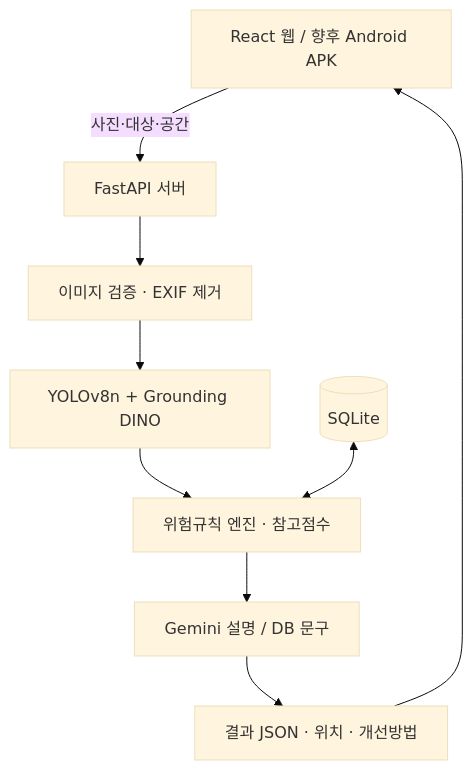
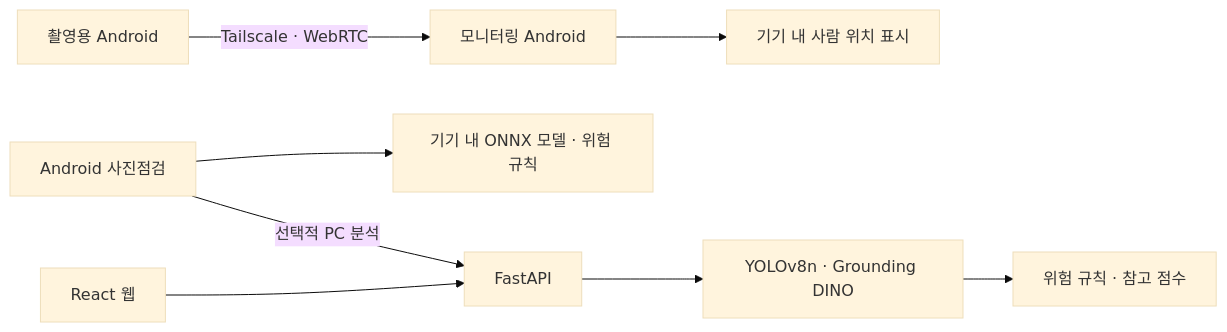
One commit to zlkdjkdj/26-2-AI-Project- changed the diagram in README.md. Above: the diagram before and after it, drawn with Mermaid (base theme). The commit also changed other lines of this file and 17 other files, not shown here.

````diff
--- a/README.md
+++ b/README.md
@@ -99,11 +57,10 @@
 ```mermaid
-flowchart TD
-    Client[React 웹 / 향후 Android APK] -->|사진·대상·공간| API[FastAPI 서버]
-    API --> Image[이미지 검증 · EXIF 제거]
-    Image --> Detection[YOLOv8n + Grounding DINO]
-    Detection --> Rules[위험규칙 엔진 · 참고점수]
-    DB[(SQLite)] <--> Rules
-    Rules --> Explanation[Gemini 설명 / DB 문구]
-    Explanation --> Result[결과 JSON · 위치 · 개선방법]
-    Result --> Client
+flowchart LR
+  Camera[촬영용 Android] -->|Tailscale · WebRTC| Viewer[모니터링 Android]
+  Viewer --> Person[기기 내 사람 위치 표시]
+  Photo[Android 사진점검] --> Local[기기 내 ONNX 모델 · 위험 규칙]
+  Photo -->|선택적 PC 분석| API[FastAPI]
+  Web[React 웹] --> API
+  API --> Models[YOLOv8n · Grounding DINO]
+  Models --> Rules[위험 규칙 · 참고 점수]
 ```
````
